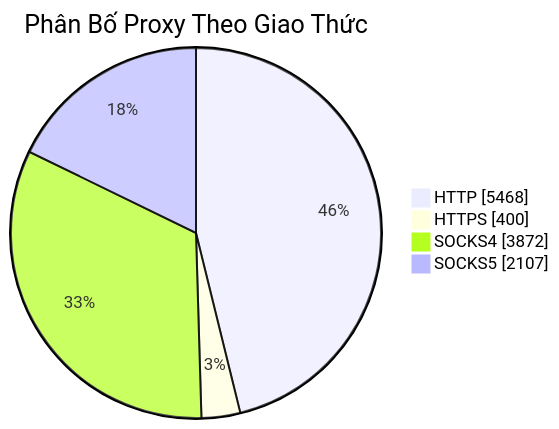
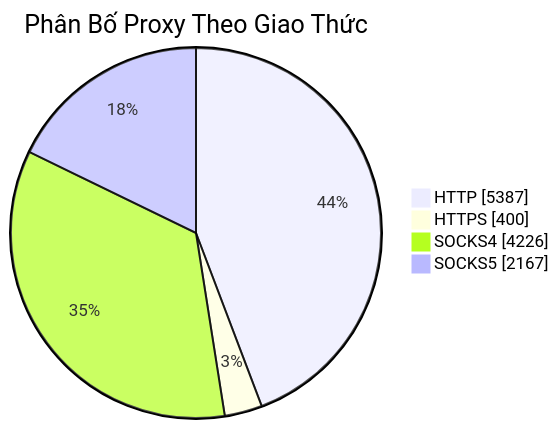
Before and after one commit to Ciara-Aa/PROXY-free: the diagram in README.md, drawn with Mermaid. The commit also changed other lines of this file and 4 other files, not shown here.

````diff
--- a/README.md
+++ b/README.md
@@ -26,7 +26,7 @@
 ```mermaid
 pie showData title Phân Bố Proxy Theo Giao Thức
-    "HTTP" : 5468
+    "HTTP" : 5387
     "HTTPS" : 400
-    "SOCKS4" : 3872
-    "SOCKS5" : 2107
+    "SOCKS4" : 4226
+    "SOCKS5" : 2167
 ```
````
